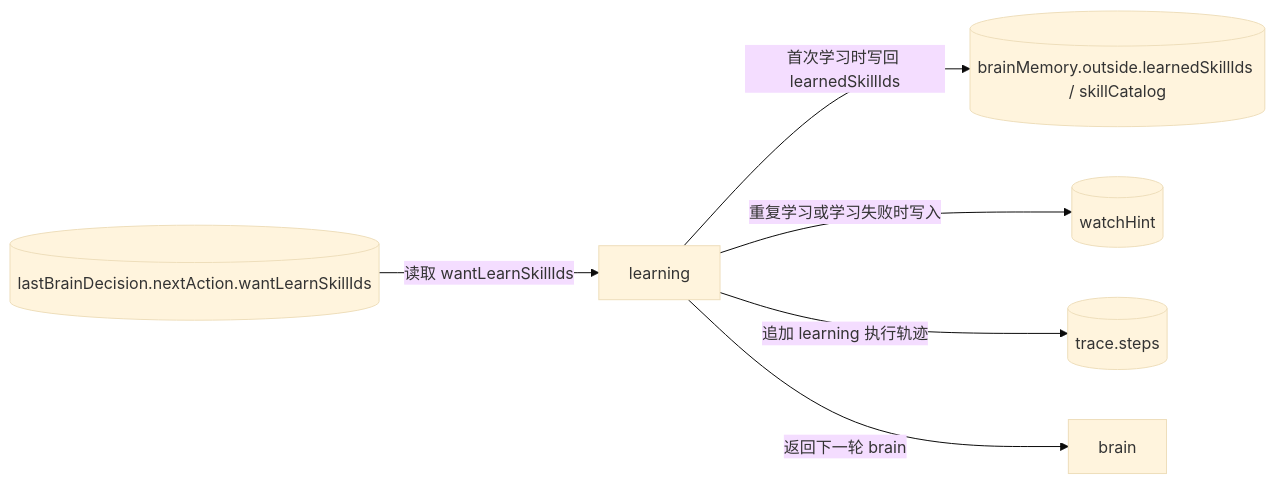
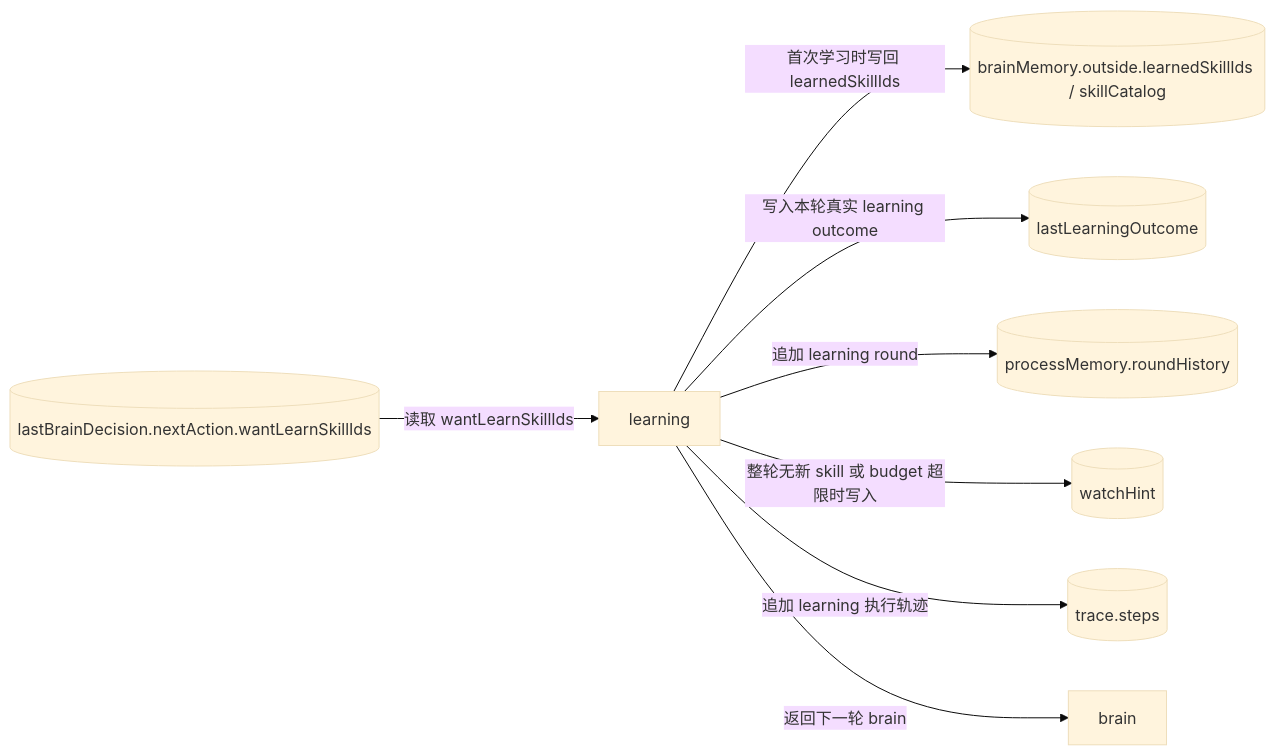
Before and after one commit to Yoan98/Ncurator: the fifth of 7 diagrams in doc/ai-design/data-definition-and-flow.md, drawn with Mermaid (base theme). The commit also changed other lines of this file and 52 other files, not shown here.

Commit message:
Refactor human process memory and history recall flow

````diff
--- a/doc/ai-design/data-definition-and-flow.md
+++ b/doc/ai-design/data-definition-and-flow.md
@@ -601,15 +828,19 @@
 ```mermaid
 flowchart LR
     LBD[("lastBrainDecision.nextAction.wantLearnSkillIds")]
     L["learning"]
     BM[("brainMemory.outside.learnedSkillIds / skillCatalog")]
+    LLO[("lastLearningOutcome")]
+    PM[("processMemory.roundHistory")]
     WH[("watchHint")]
     TR[("trace.steps")]
     B["brain"]
 
     LBD -->|读取 wantLearnSkillIds| L
     L -->|首次学习时写回 learnedSkillIds| BM
-    L -->|重复学习或学习失败时写入| WH
+    L -->|写入本轮真实 learning outcome| LLO
+    L -->|追加 learning round| PM
+    L -->|整轮无新 skill 或 budget 超限时写入| WH
     L -->|追加 learning 执行轨迹| TR
     L -->|返回下一轮 brain| B
 ```
````
